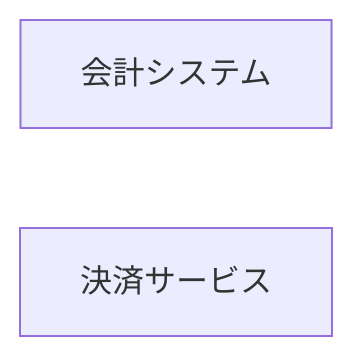
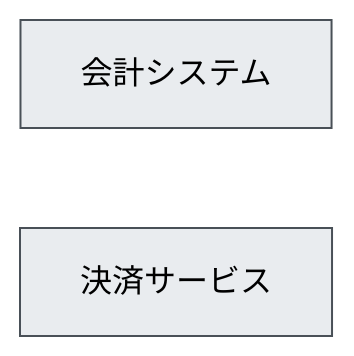
The fifth of 9 diagrams in docs/project/030-アーキテクチャ/010-C4コンテキスト図/cxd-mermaid-rules.md (naoji3x/grandma-candy-shop), drawn with Mermaid before and after one commit. The commit also changed other lines of this file, not shown here.

````diff
--- a/docs/project/030-アーキテクチャ/010-C4コンテキスト図/cxd-mermaid-rules.md
+++ b/docs/project/030-アーキテクチャ/010-C4コンテキスト図/cxd-mermaid-rules.md
@@ -67,5 +123,8 @@
 ```mermaid
 flowchart LR
-会計システム["会計システム"]
-決済サービス["決済サービス"]
+  会計システム["会計システム"]
+  決済サービス["決済サービス"]
+
+  classDef external fill:#e9ecef,stroke:#495057,color:#000;
+  class 会計システム,決済サービス external;
 ```
````
